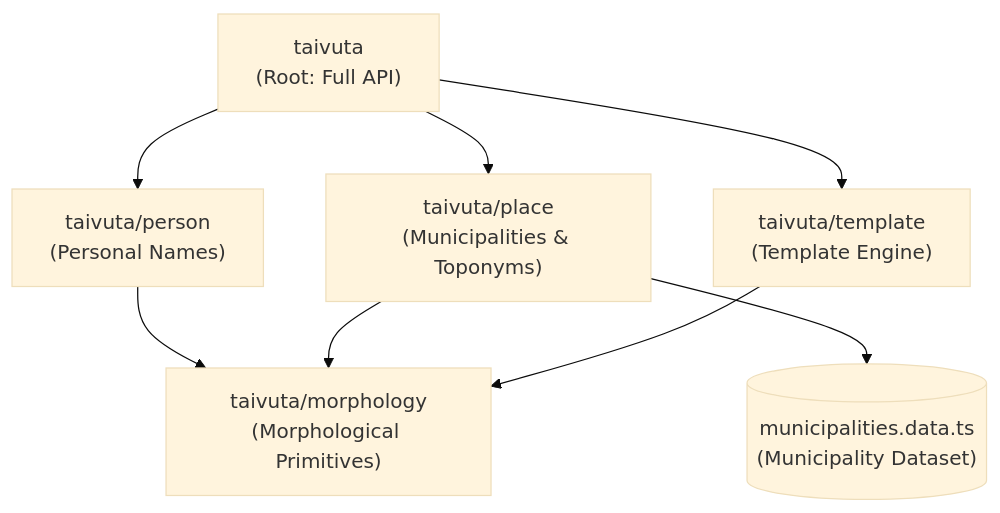
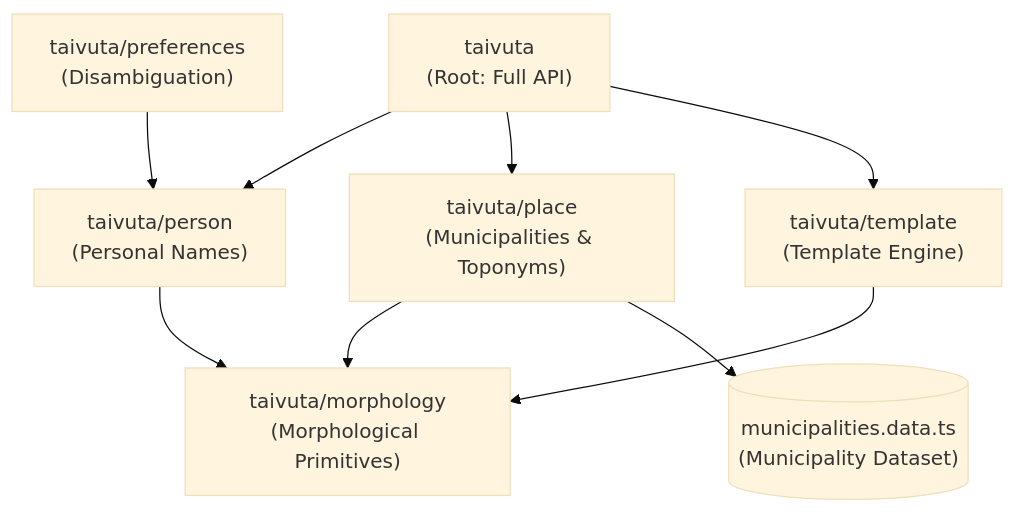
One commit to kingi89/taivuta changed the diagram in ARCHITECTURE.md. Above: the diagram before and after it, drawn with Mermaid (base theme). The commit also changed other lines of this file and 3 other files, not shown here.

````diff
--- a/ARCHITECTURE.md
+++ b/ARCHITECTURE.md
@@ -20,17 +20,19 @@
 ```mermaid
 flowchart TD
   taivuta["taivuta\n(Root: Full API)"]
   person["taivuta/person\n(Personal Names)"]
   place["taivuta/place\n(Municipalities & Toponyms)"]
   template["taivuta/template\n(Template Engine)"]
+  preferences["taivuta/preferences\n(Disambiguation)"]
   morphology["taivuta/morphology\n(Morphological Primitives)"]
   data[("municipalities.data.ts\n(Municipality Dataset)")]
 
   taivuta --> person
   taivuta --> place
   taivuta --> template
+  preferences --> person
   person --> morphology
   place --> morphology
   template --> morphology
   place --> data
 ```
````
